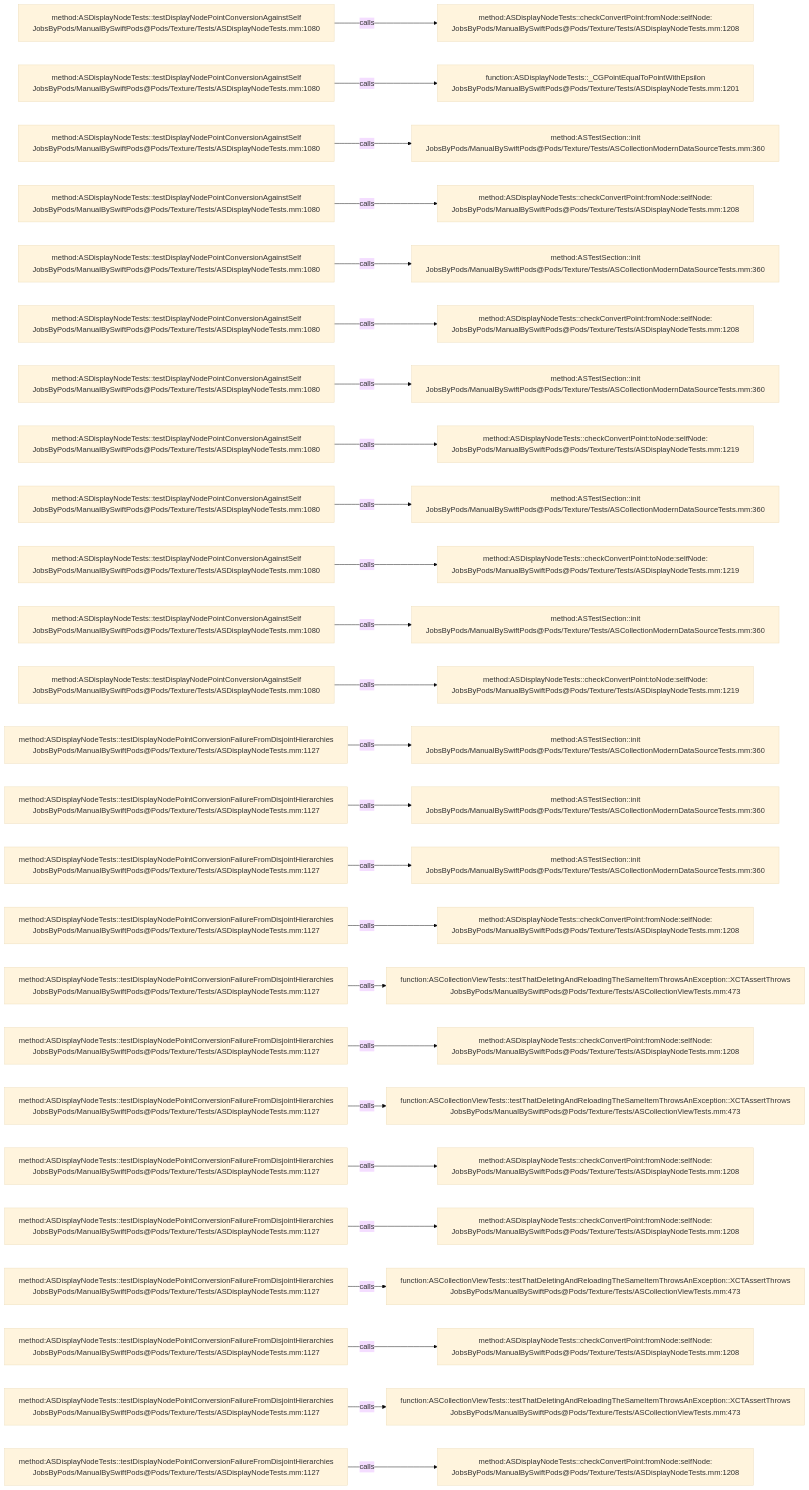
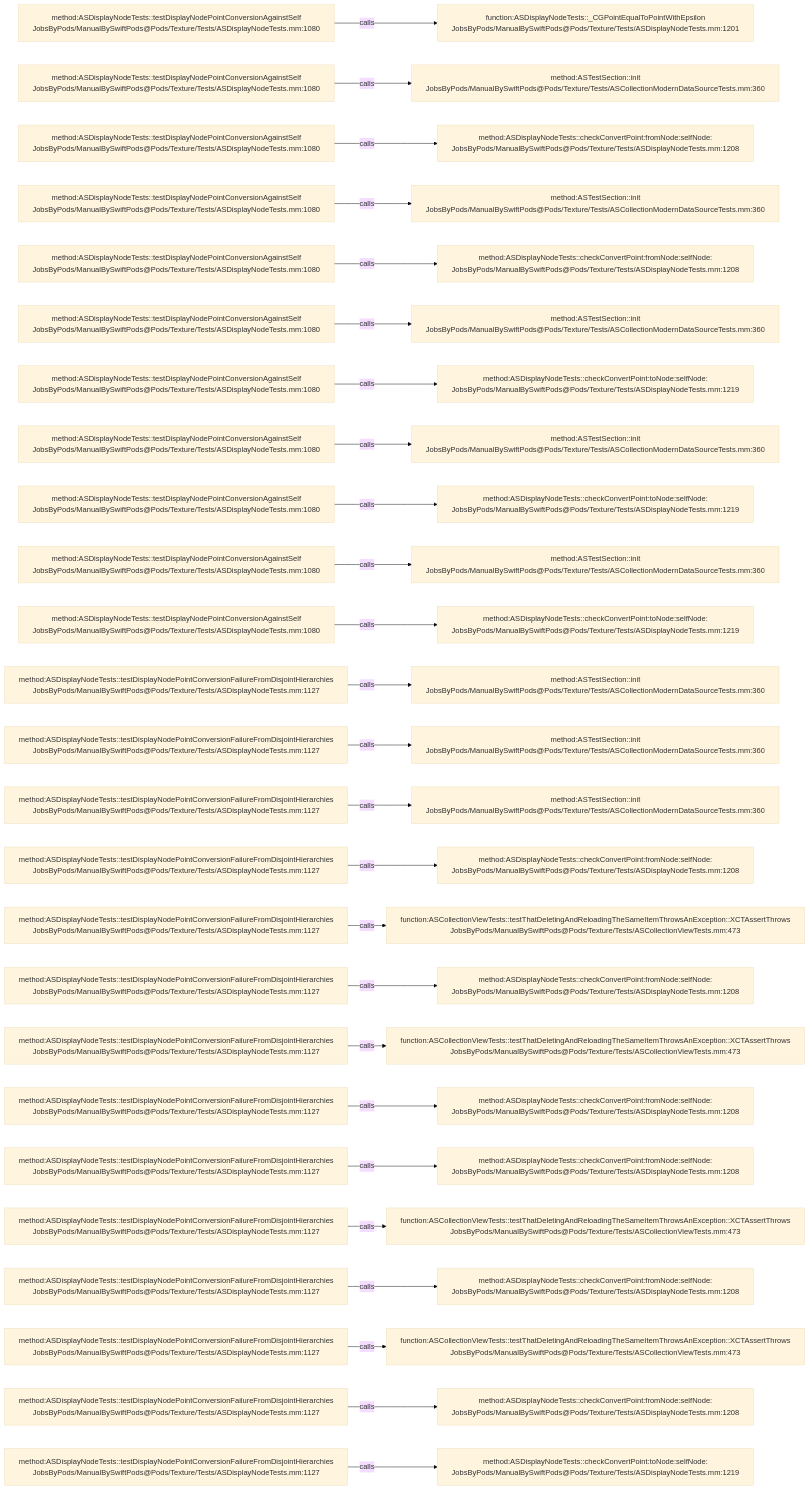
One commit to JobsKits/JobsSwiftBaseConfigDemo changed the diagram in .codegraph/codegraph.md/graphs/calls-190.md. Above: the diagram before and after it, drawn with Mermaid (base theme). The commit also changed 747 other files, not shown here.

````diff
--- a/.codegraph/codegraph.md/graphs/calls-190.md
+++ b/.codegraph/codegraph.md/graphs/calls-190.md
@@ -13,78 +13,78 @@
 ```mermaid
 flowchart LR
   S1["method:ASDisplayNodeTests::testDisplayNodePointConversionAgainstSelf<br/>JobsByPods/ManualBySwiftPods@Pods/Texture/Tests/ASDisplayNodeTests.mm:1080"]
-  T1["method:ASDisplayNodeTests::checkConvertPoint:fromNode:selfNode:<br/>JobsByPods/ManualBySwiftPods@Pods/Texture/Tests/ASDisplayNodeTests.mm:1208"]
+  T1["function:ASDisplayNodeTests::_CGPointEqualToPointWithEpsilon<br/>JobsByPods/ManualBySwiftPods@Pods/Texture/Tests/ASDisplayNodeTests.mm:1201"]
   S1 -->|calls| T1
   S2["method:ASDisplayNodeTests::testDisplayNodePointConversionAgainstSelf<br/>JobsByPods/ManualBySwiftPods@Pods/Texture/Tests/ASDisplayNodeTests.mm:1080"]
-  T2["function:ASDisplayNodeTests::_CGPointEqualToPointWithEpsilon<br/>JobsByPods/ManualBySwiftPods@Pods/Texture/Tests/ASDisplayNodeTests.mm:1201"]
+  T2["method:ASTestSection::init<br/>JobsByPods/ManualBySwiftPods@Pods/Texture/Tests/ASCollectionModernDataSourceTests.mm:360"]
   S2 -->|calls| T2
   S3["method:ASDisplayNodeTests::testDisplayNodePointConversionAgainstSelf<br/>JobsByPods/ManualBySwiftPods@Pods/Texture/Tests/ASDisplayNodeTests.mm:1080"]
-  T3["method:ASTestSection::init<br/>JobsByPods/ManualBySwiftPods@Pods/Texture/Tests/ASCollectionModernDataSourceTests.mm:360"]
+  T3["method:ASDisplayNodeTests::checkConvertPoint:fromNode:selfNode:<br/>JobsByPods/ManualBySwiftPods@Pods/Texture/Tests/ASDisplayNodeTests.mm:1208"]
   S3 -->|calls| T3
   S4["method:ASDisplayNodeTests::testDisplayNodePointConversionAgainstSelf<br/>JobsByPods/ManualBySwiftPods@Pods/Texture/Tests/ASDisplayNodeTests.mm:1080"]
-  T4["method:ASDisplayNodeTests::checkConvertPoint:fromNode:selfNode:<br/>JobsByPods/ManualBySwiftPods@Pods/Texture/Tests/ASDisplayNodeTests.mm:1208"]
+  T4["method:ASTestSection::init<br/>JobsByPods/ManualBySwiftPods@Pods/Texture/Tests/ASCollectionModernDataSourceTests.mm:360"]
   S4 -->|calls| T4
   S5["method:ASDisplayNodeTests::testDisplayNodePointConversionAgainstSelf<br/>JobsByPods/ManualBySwiftPods@Pods/Texture/Tests/ASDisplayNodeTests.mm:1080"]
-  T5["method:ASTestSection::init<br/>JobsByPods/ManualBySwiftPods@Pods/Texture/Tests/ASCollectionModernDataSourceTests.mm:360"]
+  T5["method:ASDisplayNodeTests::checkConvertPoint:fromNode:selfNode:<br/>JobsByPods/ManualBySwiftPods@Pods/Texture/Tests/ASDisplayNodeTests.mm:1208"]
   S5 -->|calls| T5
   S6["method:ASDisplayNodeTests::testDisplayNodePointConversionAgainstSelf<br/>JobsByPods/ManualBySwiftPods@Pods/Texture/Tests/ASDisplayNodeTests.mm:1080"]
-  T6["method:ASDisplayNodeTests::checkConvertPoint:fromNode:selfNode:<br/>JobsByPods/ManualBySwiftPods@Pods/Texture/Tests/ASDisplayNodeTests.mm:1208"]
+  T6["method:ASTestSection::init<br/>JobsByPods/ManualBySwiftPods@Pods/Texture/Tests/ASCollectionModernDataSourceTests.mm:360"]
   S6 -->|calls| T6
   S7["method:ASDisplayNodeTests::testDisplayNodePointConversionAgainstSelf<br/>JobsByPods/ManualBySwiftPods@Pods/Texture/Tests/ASDisplayNodeTests.mm:1080"]
-  T7["method:ASTestSection::init<br/>JobsByPods/ManualBySwiftPods@Pods/Texture/Tests/ASCollectionModernDataSourceTests.mm:360"]
+  T7["method:ASDisplayNodeTests::checkConvertPoint:toNode:selfNode:<br/>JobsByPods/ManualBySwiftPods@Pods/Texture/Tests/ASDisplayNodeTests.mm:1219"]
   S7 -->|calls| T7
   S8["method:ASDisplayNodeTests::testDisplayNodePointConversionAgainstSelf<br/>JobsByPods/ManualBySwiftPods@Pods/Texture/Tests/ASDisplayNodeTests.mm:1080"]
-  T8["method:ASDisplayNodeTests::checkConvertPoint:toNode:selfNode:<br/>JobsByPods/ManualBySwiftPods@Pods/Texture/Tests/ASDisplayNodeTests.mm:1219"]
+  T8["method:ASTestSection::init<br/>JobsByPods/ManualBySwiftPods@Pods/Texture/Tests/ASCollectionModernDataSourceTests.mm:360"]
   S8 -->|calls| T8
   S9["method:ASDisplayNodeTests::testDisplayNodePointConversionAgainstSelf<br/>JobsByPods/ManualBySwiftPods@Pods/Texture/Tests/ASDisplayNodeTests.mm:1080"]
-  T9["method:ASTestSection::init<br/>JobsByPods/ManualBySwiftPods@Pods/Texture/Tests/ASCollectionModernDataSourceTests.mm:360"]
+  T9["method:ASDisplayNodeTests::checkConvertPoint:toNode:selfNode:<br/>JobsByPods/ManualBySwiftPods@Pods/Texture/Tests/ASDisplayNodeTests.mm:1219"]
   S9 -->|calls| T9
   S10["method:ASDisplayNodeTests::testDisplayNodePointConversionAgainstSelf<br/>JobsByPods/ManualBySwiftPods@Pods/Texture/Tests/ASDisplayNodeTests.mm:1080"]
-  T10["method:ASDisplayNodeTests::checkConvertPoint:toNode:selfNode:<br/>JobsByPods/ManualBySwiftPods@Pods/Texture/Tests/ASDisplayNodeTests.mm:1219"]
+  T10["method:ASTestSection::init<br/>JobsByPods/ManualBySwiftPods@Pods/Texture/Tests/ASCollectionModernDataSourceTests.mm:360"]
   S10 -->|calls| T10
   S11["method:ASDisplayNodeTests::testDisplayNodePointConversionAgainstSelf<br/>JobsByPods/ManualBySwiftPods@Pods/Texture/Tests/ASDisplayNodeTests.mm:1080"]
-  T11["method:ASTestSection::init<br/>JobsByPods/ManualBySwiftPods@Pods/Texture/Tests/ASCollectionModernDataSourceTests.mm:360"]
+  T11["method:ASDisplayNodeTests::checkConvertPoint:toNode:selfNode:<br/>JobsByPods/ManualBySwiftPods@Pods/Texture/Tests/ASDisplayNodeTests.mm:1219"]
   S11 -->|calls| T11
-  S12["method:ASDisplayNodeTests::testDisplayNodePointConversionAgainstSelf<br/>JobsByPods/ManualBySwiftPods@Pods/Texture/Tests/ASDisplayNodeTests.mm:1080"]
-  T12["method:ASDisplayNodeTests::checkConvertPoint:toNode:selfNode:<br/>JobsByPods/ManualBySwiftPods@Pods/Texture/Tests/ASDisplayNodeTests.mm:1219"]
+  S12["method:ASDisplayNodeTests::testDisplayNodePointConversionFailureFromDisjointHierarchies<br/>JobsByPods/ManualBySwiftPods@Pods/Texture/Tests/ASDisplayNodeTests.mm:1127"]
+  T12["method:ASTestSection::init<br/>JobsByPods/ManualBySwiftPods@Pods/Texture/Tests/ASCollectionModernDataSourceTests.mm:360"]
   S12 -->|calls| T12
   S13["method:ASDisplayNodeTests::testDisplayNodePointConversionFailureFromDisjointHierarchies<br/>JobsByPods/ManualBySwiftPods@Pods/Texture/Tests/ASDisplayNodeTests.mm:1127"]
   T13["method:ASTestSection::init<br/>JobsByPods/ManualBySwiftPods@Pods/Texture/Tests/ASCollectionModernDataSourceTests.mm:360"]
   S13 -->|calls| T13
   S14["method:ASDisplayNodeTests::testDisplayNodePointConversionFailureFromDisjointHierarchies<br/>JobsByPods/ManualBySwiftPods@Pods/Texture/Tests/ASDisplayNodeTests.mm:1127"]
   T14["method:ASTestSection::init<br/>JobsByPods/ManualBySwiftPods@Pods/Texture/Tests/ASCollectionModernDataSourceTests.mm:360"]
   S14 -->|calls| T14
   S15["method:ASDisplayNodeTests::testDisplayNodePointConversionFailureFromDisjointHierarchies<br/>JobsByPods/ManualBySwiftPods@Pods/Texture/Tests/ASDisplayNodeTests.mm:1127"]
-  T15["method:ASTestSection::init<br/>JobsByPods/ManualBySwiftPods@Pods/Texture/Tests/ASCollectionModernDataSourceTests.mm:360"]
+  T15["method:ASDisplayNodeTests::checkConvertPoint:fromNode:selfNode:<br/>JobsByPods/ManualBySwiftPods@Pods/Texture/Tests/ASDisplayNodeTests.mm:1208"]
   S15 -->|calls| T15
   S16["method:ASDisplayNodeTests::testDisplayNodePointConversionFailureFromDisjointHierarchies<br/>JobsByPods/ManualBySwiftPods@Pods/Texture/Tests/ASDisplayNodeTests.mm:1127"]
-  T16["method:ASDisplayNodeTests::checkConvertPoint:fromNode:selfNode:<br/>JobsByPods/ManualBySwiftPods@Pods/Texture/Tests/ASDisplayNodeTests.mm:1208"]
+  T16["function:ASCollectionViewTests::testThatDeletingAndReloadingTheSameItemThrowsAnException::XCTAssertThrows<br/>JobsByPods/ManualBySwiftPods@Pods/Texture/Tests/ASCollectionViewTests.mm:473"]
   S16 -->|calls| T16
   S17["method:ASDisplayNodeTests::testDisplayNodePointConversionFailureFromDisjointHierarchies<br/>JobsByPods/ManualBySwiftPods@Pods/Texture/Tests/ASDisplayNodeTests.mm:1127"]
-  T17["function:ASCollectionViewTests::testThatDeletingAndReloadingTheSameItemThrowsAnException::XCTAssertThrows<br/>JobsByPods/ManualBySwiftPods@Pods/Texture/Tests/ASCollectionViewTests.mm:473"]
+  T17["method:ASDisplayNodeTests::checkConvertPoint:fromNode:selfNode:<br/>JobsByPods/ManualBySwiftPods@Pods/Texture/Tests/ASDisplayNodeTests.mm:1208"]
   S17 -->|calls| T17
   S18["method:ASDisplayNodeTests::testDisplayNodePointConversionFailureFromDisjointHierarchies<br/>JobsByPods/ManualBySwiftPods@Pods/Texture/Tests/ASDisplayNodeTests.mm:1127"]
-  T18["method:ASDisplayNodeTests::checkConvertPoint:fromNode:selfNode:<br/>JobsByPods/ManualBySwiftPods@Pods/Texture/Tests/ASDisplayNodeTests.mm:1208"]
+  T18["function:ASCollectionViewTests::testThatDeletingAndReloadingTheSameItemThrowsAnException::XCTAssertThrows<br/>JobsByPods/ManualBySwiftPods@Pods/Texture/Tests/ASCollectionViewTests.mm:473"]
   S18 -->|calls| T18
   S19["method:ASDisplayNodeTests::testDisplayNodePointConversionFailureFromDisjointHierarchies<br/>JobsByPods/ManualBySwiftPods@Pods/Texture/Tests/ASDisplayNodeTests.mm:1127"]
-  T19["function:ASCollectionViewTests::testThatDeletingAndReloadingTheSameItemThrowsAnException::XCTAssertThrows<br/>JobsByPods/ManualBySwiftPods@Pods/Texture/Tests/ASCollectionViewTests.mm:473"]
+  T19["method:ASDisplayNodeTests::checkConvertPoint:fromNode:selfNode:<br/>JobsByPods/ManualBySwiftPods@Pods/Texture/Tests/ASDisplayNodeTests.mm:1208"]
   S19 -->|calls| T19
   S20["method:ASDisplayNodeTests::testDisplayNodePointConversionFailureFromDisjointHierarchies<br/>JobsByPods/ManualBySwiftPods@Pods/Texture/Tests/ASDisplayNodeTests.mm:1127"]
   T20["method:ASDisplayNodeTests::checkConvertPoint:fromNode:selfNode:<br/>JobsByPods/ManualBySwiftPods@Pods/Texture/Tests/ASDisplayNodeTests.mm:1208"]
   S20 -->|calls| T20
   S21["method:ASDisplayNodeTests::testDisplayNodePointConversionFailureFromDisjointHierarchies<br/>JobsByPods/ManualBySwiftPods@Pods/Texture/Tests/ASDisplayNodeTests.mm:1127"]
-  T21["method:ASDisplayNodeTests::checkConvertPoint:fromNode:selfNode:<br/>JobsByPods/ManualBySwiftPods@Pods/Texture/Tests/ASDisplayNodeTests.mm:1208"]
+  T21["function:ASCollectionViewTests::testThatDeletingAndReloadingTheSameItemThrowsAnException::XCTAssertThrows<br/>JobsByPods/ManualBySwiftPods@Pods/Texture/Tests/ASCollectionViewTests.mm:473"]
   S21 -->|calls| T21
   S22["method:ASDisplayNodeTests::testDisplayNodePointConversionFailureFromDisjointHierarchies<br/>JobsByPods/ManualBySwiftPods@Pods/Texture/Tests/ASDisplayNodeTests.mm:1127"]
-  T22["function:ASCollectionViewTests::testThatDeletingAndReloadingTheSameItemThrowsAnException::XCTAssertThrows<br/>JobsByPods/ManualBySwiftPods@Pods/Texture/Tests/ASCollectionViewTests.mm:473"]
+  T22["method:ASDisplayNodeTests::checkConvertPoint:fromNode:selfNode:<br/>JobsByPods/ManualBySwiftPods@Pods/Texture/Tests/ASDisplayNodeTests.mm:1208"]
   S22 -->|calls| T22
   S23["method:ASDisplayNodeTests::testDisplayNodePointConversionFailureFromDisjointHierarchies<br/>JobsByPods/ManualBySwiftPods@Pods/Texture/Tests/ASDisplayNodeTests.mm:1127"]
-  T23["method:ASDisplayNodeTests::checkConvertPoint:fromNode:selfNode:<br/>JobsByPods/ManualBySwiftPods@Pods/Texture/Tests/ASDisplayNodeTests.mm:1208"]
+  T23["function:ASCollectionViewTests::testThatDeletingAndReloadingTheSameItemThrowsAnException::XCTAssertThrows<br/>JobsByPods/ManualBySwiftPods@Pods/Texture/Tests/ASCollectionViewTests.mm:473"]
   S23 -->|calls| T23
   S24["method:ASDisplayNodeTests::testDisplayNodePointConversionFailureFromDisjointHierarchies<br/>JobsByPods/ManualBySwiftPods@Pods/Texture/Tests/ASDisplayNodeTests.mm:1127"]
-  T24["function:ASCollectionViewTests::testThatDeletingAndReloadingTheSameItemThrowsAnException::XCTAssertThrows<br/>JobsByPods/ManualBySwiftPods@Pods/Texture/Tests/ASCollectionViewTests.mm:473"]
+  T24["method:ASDisplayNodeTests::checkConvertPoint:fromNode:selfNode:<br/>JobsByPods/ManualBySwiftPods@Pods/Texture/Tests/ASDisplayNodeTests.mm:1208"]
   S24 -->|calls| T24
   S25["method:ASDisplayNodeTests::testDisplayNodePointConversionFailureFromDisjointHierarchies<br/>JobsByPods/ManualBySwiftPods@Pods/Texture/Tests/ASDisplayNodeTests.mm:1127"]
-  T25["method:ASDisplayNodeTests::checkConvertPoint:fromNode:selfNode:<br/>JobsByPods/ManualBySwiftPods@Pods/Texture/Tests/ASDisplayNodeTests.mm:1208"]
+  T25["method:ASDisplayNodeTests::checkConvertPoint:toNode:selfNode:<br/>JobsByPods/ManualBySwiftPods@Pods/Texture/Tests/ASDisplayNodeTests.mm:1219"]
   S25 -->|calls| T25
 ```
````
